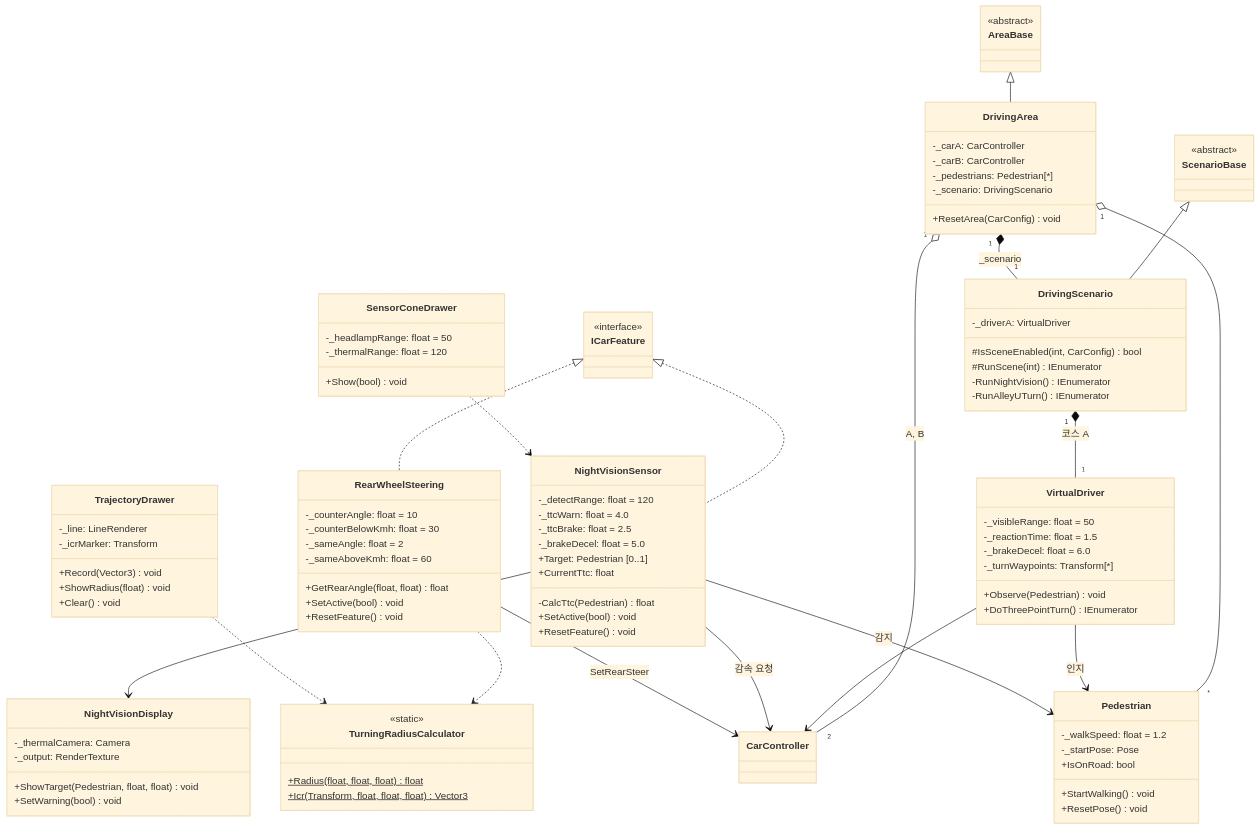
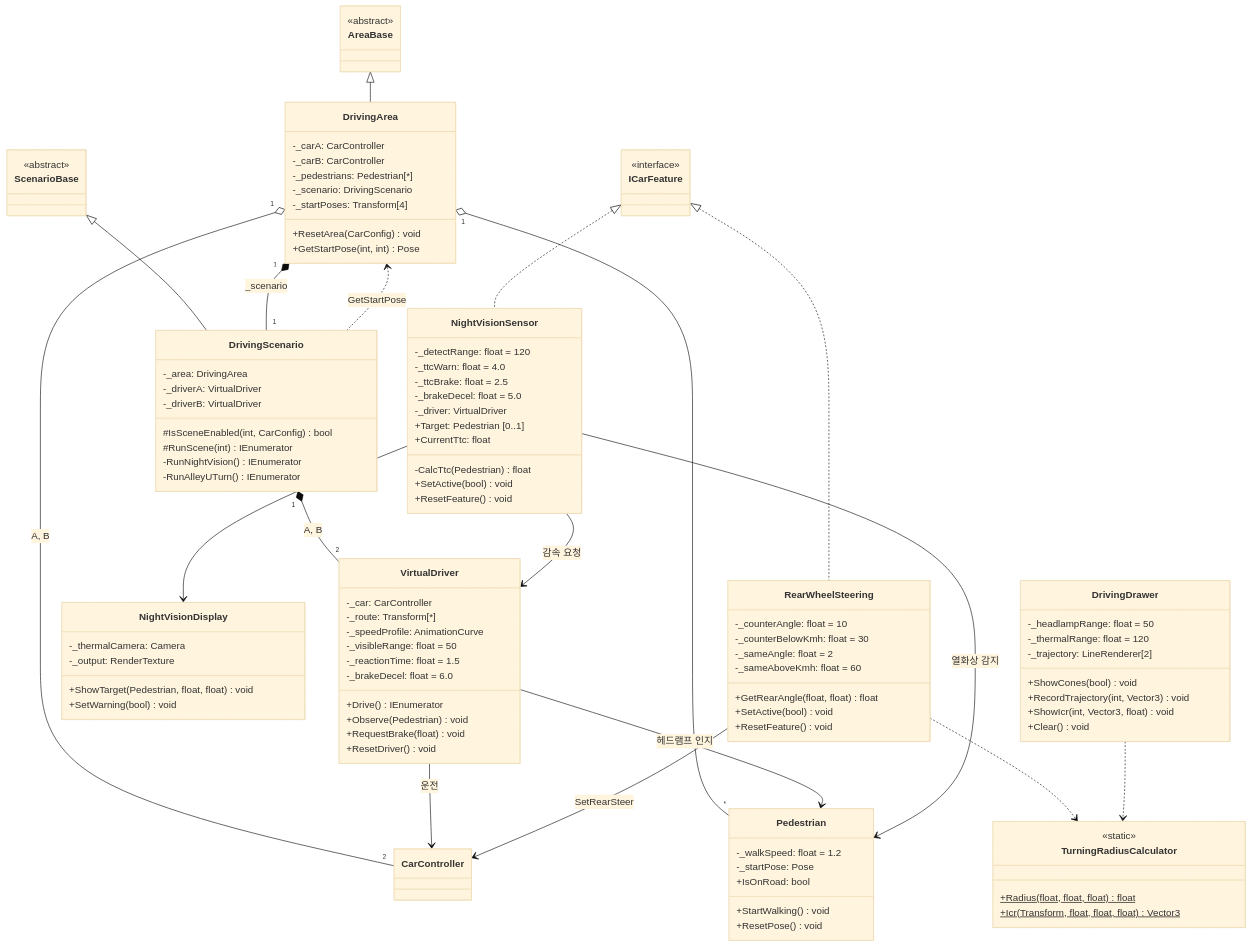
One commit to cuhote/YEYU_CarConfigurator_UnityProject changed the third of 4 diagrams in docs/CLASS_DESIGN.md. Above: the diagram before and after it, drawn with Mermaid (base theme). The commit also changed other lines of this file, not shown here.

````diff
--- a/docs/CLASS_DESIGN.md
+++ b/docs/CLASS_DESIGN.md
@@ -272,22 +288,30 @@
     -_carB: CarController
     -_pedestrians: Pedestrian[*]
     -_scenario: DrivingScenario
+    -_startPoses: Transform[4]
     +ResetArea(CarConfig) void
+    +GetStartPose(int, int) Pose
   }
   class DrivingScenario {
+    -_area: DrivingArea
     -_driverA: VirtualDriver
+    -_driverB: VirtualDriver
     #IsSceneEnabled(int, CarConfig) bool
     #RunScene(int) IEnumerator
     -RunNightVision() IEnumerator
     -RunAlleyUTurn() IEnumerator
   }
   class VirtualDriver {
+    -_car: CarController
+    -_route: Transform[*]
+    -_speedProfile: AnimationCurve
     -_visibleRange: float = 50
     -_reactionTime: float = 1.5
     -_brakeDecel: float = 6.0
-    -_turnWaypoints: Transform[*]
+    +Drive() IEnumerator
     +Observe(Pedestrian) void
-    +DoThreePointTurn() IEnumerator
+    +RequestBrake(float) void
+    +ResetDriver() void
   }
   class Pedestrian {
     -_walkSpeed: float = 1.2
@@ -301,6 +325,7 @@
     -_ttcWarn: float = 4.0
     -_ttcBrake: float = 2.5
     -_brakeDecel: float = 5.0
+    -_driver: VirtualDriver
     +Target: Pedestrian [0..1]
     +CurrentTtc: float
     -CalcTtc(Pedestrian) float
@@ -327,16 +352,13 @@
     +Radius(float, float, float) float$
     +Icr(Transform, float, float, float) Vector3$
   }
-  class SensorConeDrawer {
+  class DrivingDrawer {
     -_headlampRange: float = 50
     -_thermalRange: float = 120
-    +Show(bool) void
-  }
-  class TrajectoryDrawer {
-    -_line: LineRenderer
-    -_icrMarker: Transform
-    +Record(Vector3) void
-    +ShowRadius(float) void
+    -_trajectory: LineRenderer[2]
+    +ShowCones(bool) void
+    +RecordTrajectory(int, Vector3) void
+    +ShowIcr(int, Vector3, float) void
     +Clear() void
   }
   AreaBase <|-- DrivingArea
@@ -346,14 +368,14 @@
   DrivingArea "1" *-- "1" DrivingScenario : _scenario
   DrivingArea "1" o-- "*" Pedestrian
   DrivingArea "1" o-- "2" CarController : A, B
-  DrivingScenario "1" *-- "1" VirtualDriver : 코스 A
-  VirtualDriver --> CarController
-  VirtualDriver --> Pedestrian : 인지
-  NightVisionSensor --> Pedestrian : 감지
-  NightVisionSensor --> CarController : 감속 요청
+  DrivingScenario "1" *-- "2" VirtualDriver : A, B
+  DrivingScenario ..> DrivingArea : GetStartPose
+  VirtualDriver --> CarController : 운전
+  VirtualDriver --> Pedestrian : 헤드램프 인지
+  NightVisionSensor --> Pedestrian : 열화상 감지
+  NightVisionSensor --> VirtualDriver : 감속 요청
   NightVisionSensor --> NightVisionDisplay
   RearWheelSteering --> CarController : SetRearSteer
   RearWheelSteering ..> TurningRadiusCalculator
-  TrajectoryDrawer ..> TurningRadiusCalculator
-  SensorConeDrawer ..> NightVisionSensor
+  DrivingDrawer ..> TurningRadiusCalculator
 ```
````
